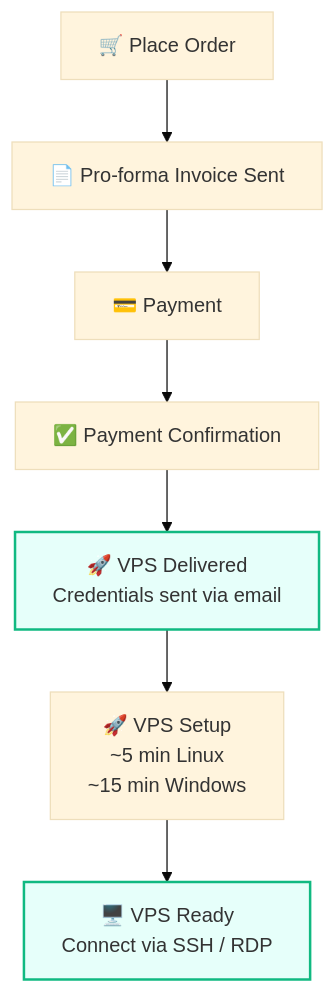
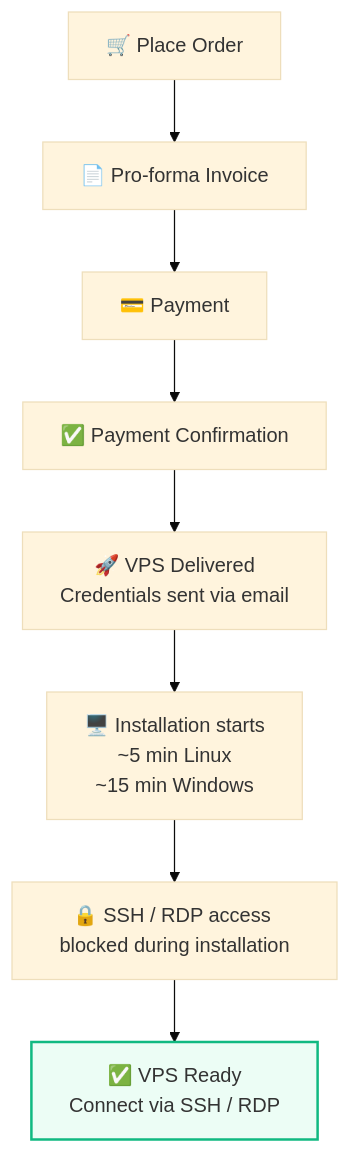
Before and after one commit to gExPl0ReR/docs: the diagram in faq/billing-lifecycle/how-fast-instant-delivery.mdx, drawn with Mermaid (base theme).

Commit message:
Refine instant delivery flowchart steps

````diff
--- a/faq/billing-lifecycle/how-fast-instant-delivery.mdx
+++ b/faq/billing-lifecycle/how-fast-instant-delivery.mdx
@@ -23,11 +23,13 @@
 ```mermaid
 flowchart TD
-    A["🛒 Place Order"] --> B["📄 Pro-forma Invoice Sent"]
+    A["🛒 Place Order"] --> B["📄 Pro-forma Invoice"]
     B --> C["💳 Payment"]
     C --> D["✅ Payment Confirmation"]
-    D --> E["🚀 VPS Delivered <br> Credentials sent via email"]
-    E --> F["🚀 VPS Setup<br/>~5 min Linux <br> ~15 min Windows"]
-    F --> G["🖥️ VPS Ready<br>Connect via SSH / RDP"]
-    style E fill:#e6fffa,stroke:#10b981,stroke-width:2px
-    style G fill:#e6fffa,stroke:#10b981,stroke-width:2px
+    D --> E["🚀 VPS Delivered<br/>Credentials sent via email"]
+    E --> F["🖥️ Installation starts<br/>~5 min Linux <br/> ~15 min Windows"]
+    F --> G["🔒 SSH / RDP access blocked during installation"]
+    G --> H["✅ VPS Ready<br/>Connect via SSH / RDP"]
+
+    classDef highlight fill:#ecfdf5,stroke:#10b981,stroke-width:2px;
+    class H highlight;
 ```
````
